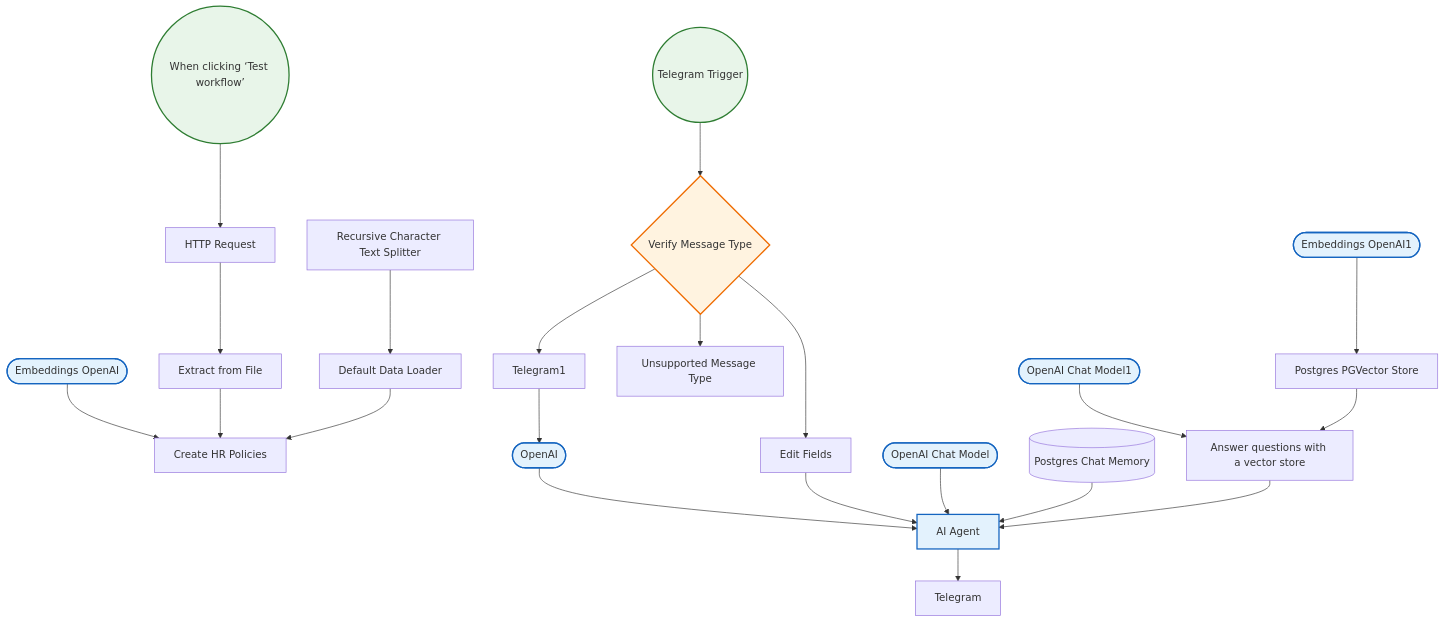
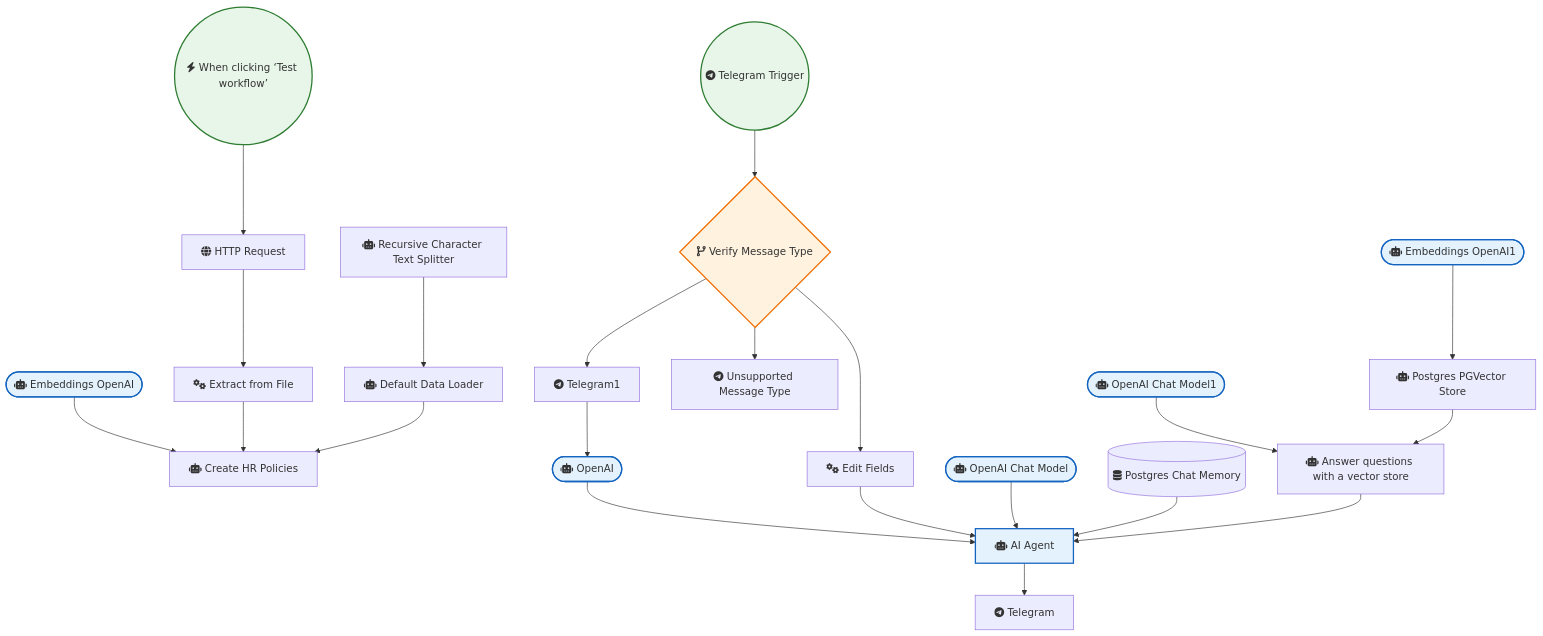
The diagram in HR_and_Recruitment/HR & IT Helpdesk Chatbot with Audio Transcription.md (sreyash3105/N8N-DEMO-AUTOMATIONS), drawn with Mermaid before and after one commit. The commit also changed 291 other files, not shown here.

````diff
--- a/HR_and_Recruitment/HR & IT Helpdesk Chatbot with Audio Transcription.md
+++ b/HR_and_Recruitment/HR & IT Helpdesk Chatbot with Audio Transcription.md
@@ -1,49 +1,49 @@
 ```mermaid
 graph TD
     classDef trigger fill:#e8f5e9,stroke:#2e7d32,stroke-width:2px;
     classDef ai fill:#e3f2fd,stroke:#1565c0,stroke-width:2px;
     classDef logic fill:#fff3e0,stroke:#ef6c00,stroke-width:2px;
 
-    When_clicking__Test_workflow_(("When clicking ‘Test workflow’")):::trigger
-    HTTP_Request["HTTP Request"]
-    Extract_from_File["Extract from File"]
-    Create_HR_Policies["Create HR Policies"]
-    Embeddings_OpenAI(["Embeddings OpenAI"]):::ai
-    Default_Data_Loader["Default Data Loader"]
-    Recursive_Character_Text_Splitter["Recursive Character Text Splitter"]
-    Telegram_Trigger(("Telegram Trigger")):::trigger
-    Verify_Message_Type{"Verify Message Type"}:::logic
-    OpenAI(["OpenAI"]):::ai
-    Telegram1["Telegram1"]
-    Unsupported_Message_Type["Unsupported Message Type"]
-    AI_Agent["AI Agent"]:::ai
-    OpenAI_Chat_Model(["OpenAI Chat Model"]):::ai
-    Postgres_Chat_Memory[("Postgres Chat Memory")]
-    Answer_questions_with_a_vector_store["Answer questions with a vector store"]
-    Postgres_PGVector_Store["Postgres PGVector Store"]
-    OpenAI_Chat_Model1(["OpenAI Chat Model1"]):::ai
-    Embeddings_OpenAI1(["Embeddings OpenAI1"]):::ai
-    Telegram["Telegram"]
-    Edit_Fields["Edit Fields"]
+    When_clicking__Test_workflow_(("fas:fa-bolt When clicking ‘Test workflow’")):::trigger
+    HTTP_Request["fas:fa-globe HTTP Request"]
+    Extract_from_File["fas:fa-cogs Extract from File"]
+    Create_HR_Policies["fas:fa-robot Create HR Policies"]
+    Embeddings_OpenAI(["fas:fa-robot Embeddings OpenAI"]):::ai
+    Default_Data_Loader["fas:fa-robot Default Data Loader"]
+    Recursive_Character_Text_Splitter["fas:fa-robot Recursive Character Text Splitter"]
+    Telegram_Trigger(("fab:fa-telegram Telegram Trigger")):::trigger
+    Verify_Message_Type{"fas:fa-code-branch Verify Message Type"}:::logic
+    OpenAI(["fas:fa-robot OpenAI"]):::ai
+    Telegram1["fab:fa-telegram Telegram1"]
+    Unsupported_Message_Type["fab:fa-telegram Unsupported Message Type"]
+    AI_Agent["fas:fa-robot AI Agent"]:::ai
+    OpenAI_Chat_Model(["fas:fa-robot OpenAI Chat Model"]):::ai
+    Postgres_Chat_Memory[("fas:fa-database Postgres Chat Memory")]
+    Answer_questions_with_a_vector_store["fas:fa-robot Answer questions with a vector store"]
+    Postgres_PGVector_Store["fas:fa-robot Postgres PGVector Store"]
+    OpenAI_Chat_Model1(["fas:fa-robot OpenAI Chat Model1"]):::ai
+    Embeddings_OpenAI1(["fas:fa-robot Embeddings OpenAI1"]):::ai
+    Telegram["fab:fa-telegram Telegram"]
+    Edit_Fields["fas:fa-cogs Edit Fields"]
 
     OpenAI --> AI_Agent
     AI_Agent --> Telegram
     Telegram1 --> OpenAI
     Edit_Fields --> AI_Agent
     HTTP_Request --> Extract_from_File
     Telegram_Trigger --> Verify_Message_Type
     Embeddings_OpenAI --> Create_HR_Policies
     Extract_from_File --> Create_HR_Policies
     OpenAI_Chat_Model --> AI_Agent
     Embeddings_OpenAI1 --> Postgres_PGVector_Store
     OpenAI_Chat_Model1 --> Answer_questions_with_a_vector_store
     Default_Data_Loader --> Create_HR_Policies
     Verify_Message_Type --> Edit_Fields
     Verify_Message_Type --> Telegram1
     Verify_Message_Type --> Unsupported_Message_Type
     Postgres_Chat_Memory --> AI_Agent
     Postgres_PGVector_Store --> Answer_questions_with_a_vector_store
     Recursive_Character_Text_Splitter --> Default_Data_Loader
     When_clicking__Test_workflow_ --> HTTP_Request
     Answer_questions_with_a_vector_store --> AI_Agent
 ```
````
